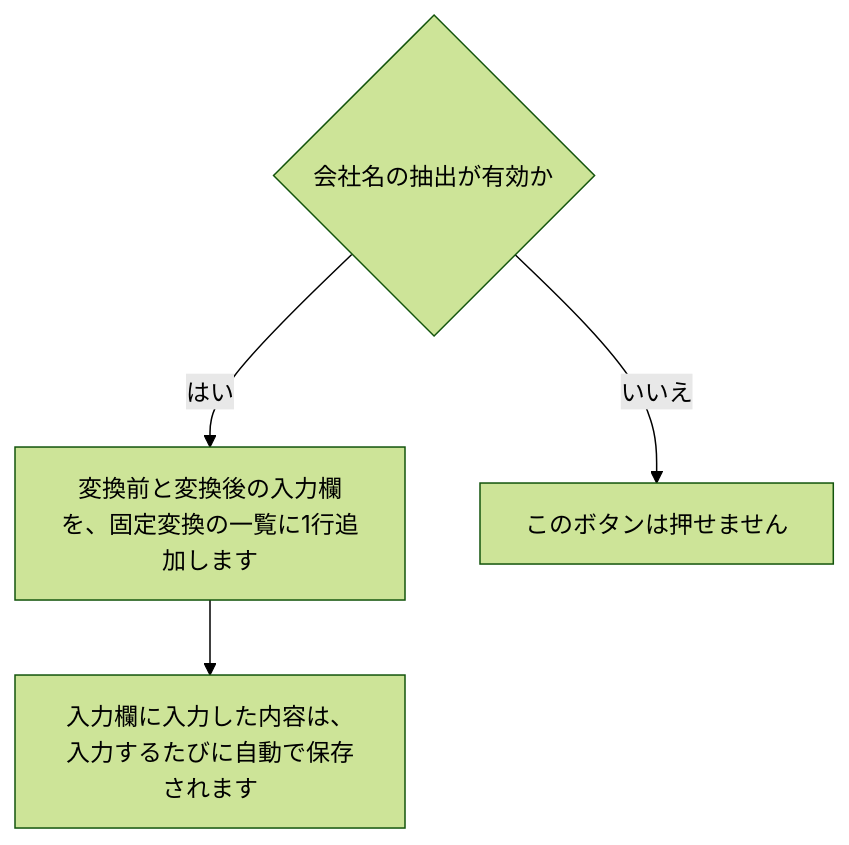
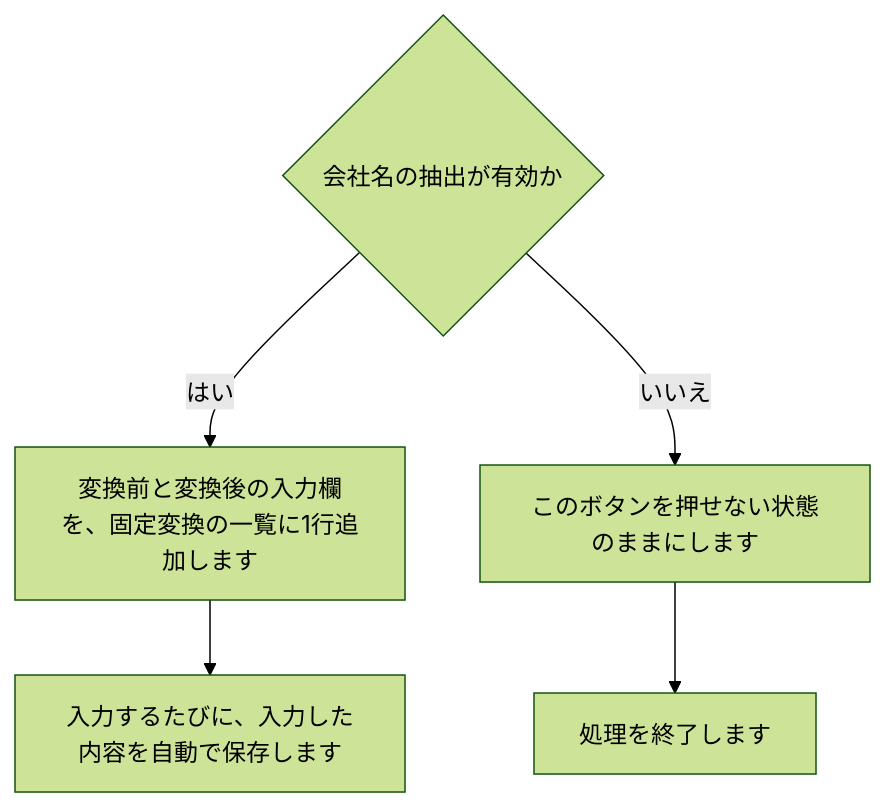
Before and after one commit to nishida2073/project_management: diagram 17 of 34 in tool/smstokintone/doc/02_設計/処理フロー.md, drawn with Mermaid (forest theme). The commit also changed other lines of this file and 5 other files, not shown here.

````diff
--- a/tool/smstokintone/doc/02_設計/処理フロー.md
+++ b/tool/smstokintone/doc/02_設計/処理フロー.md
@@ -296,7 +289,6 @@
 ```mermaid
 flowchart TD
   A{"会社名の抽出が有効か"}
-  A -- はい --> C["変換前と変換後の入力欄を、固定変換の一覧に1行追加します"]
-  A -- いいえ --> B["このボタンは押せません"]
-  C --> D["入力欄に入力した内容は、入力するたびに自動で保存されます"]
+  A -- はい --> C["変換前と変換後の入力欄を、固定変換の一覧に1行追加します"] --> D["入力するたびに、入力した内容を自動で保存します"]
+  A -- いいえ --> B["このボタンを押せない状態のままにします"] --> Z["処理を終了します"]
 ```
````
